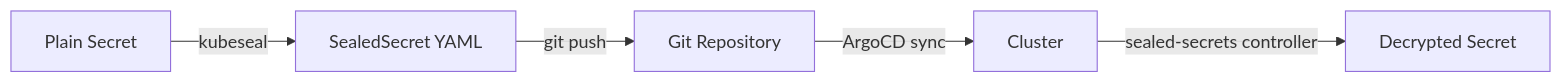
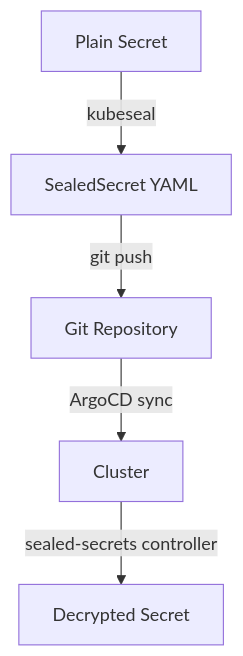
Before and after one commit to gilesknap/tpi-k3s-ansible: the diagram in docs/how-to/manage-sealed-secrets.md, drawn with Mermaid. The commit also changed 10 other files, not shown here.

````diff
--- a/docs/how-to/manage-sealed-secrets.md
+++ b/docs/how-to/manage-sealed-secrets.md
@@ -9,7 +9,7 @@
 ```mermaid
-flowchart LR
+flowchart TD
     A[Plain Secret] -->|kubeseal| B[SealedSecret YAML]
     B -->|git push| C[Git Repository]
     C -->|ArgoCD sync| D[Cluster]
     D -->|sealed-secrets controller| E[Decrypted Secret]
 ```
````
